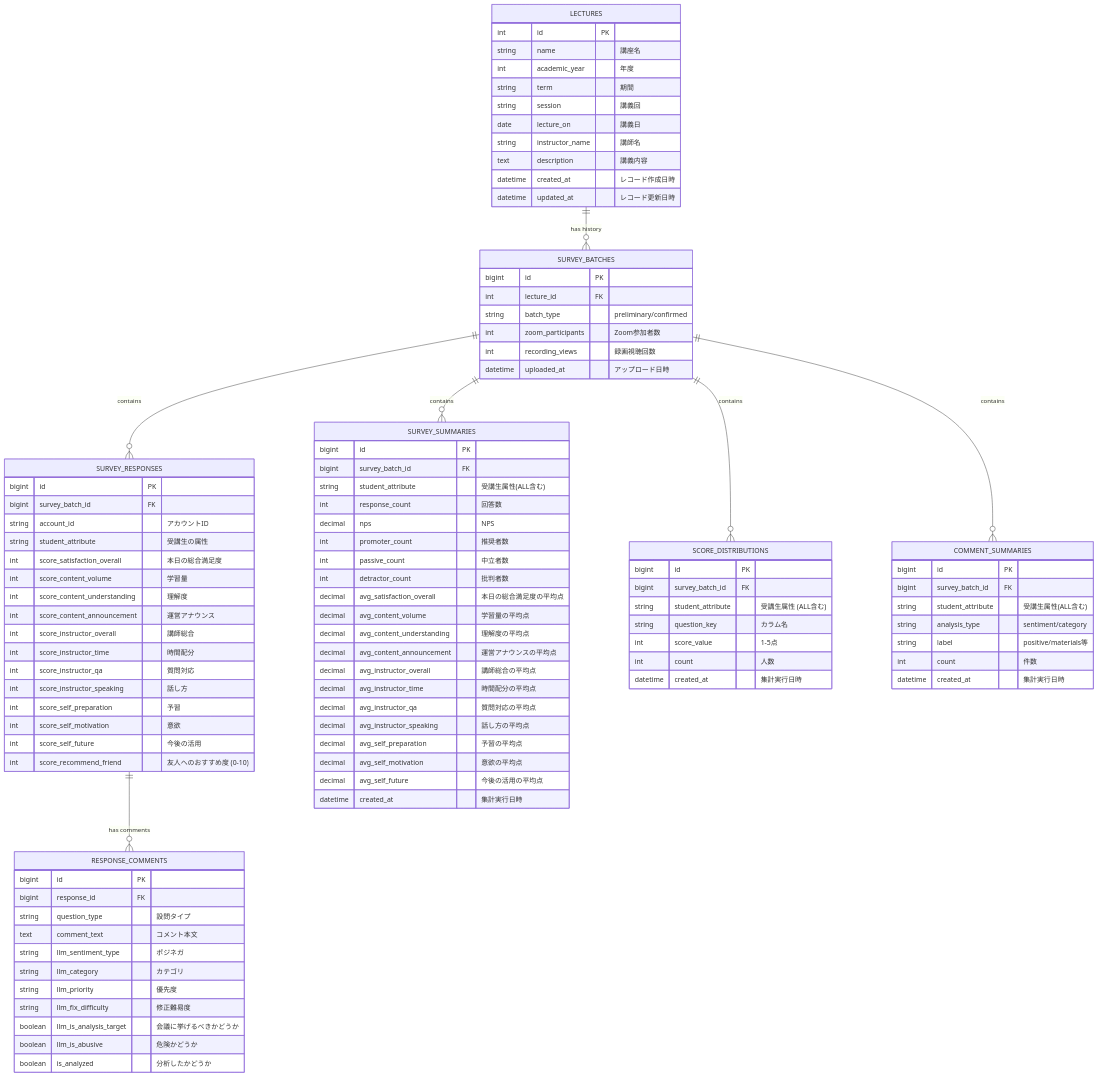
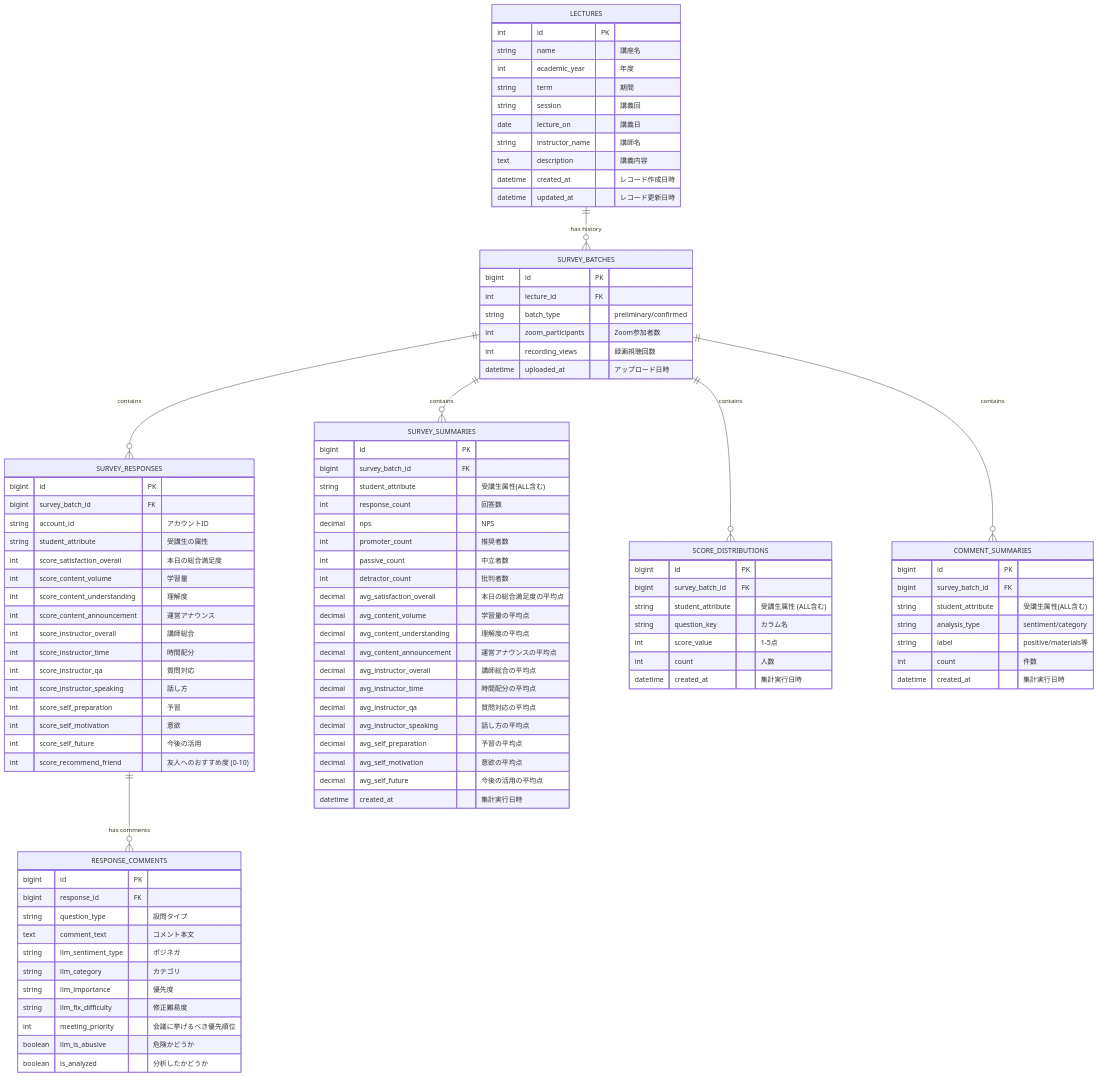
The diagram in docs/backend_database.md (matsuolab/AIE-DXproject_1_front), drawn with Mermaid before and after one commit. The commit also changed other lines of this file and 1 other file, not shown here.

Commit message:
docs: Align API specification and DB definition with new field names (#37)

```diff
--- a/docs/backend_database.md
+++ b/docs/backend_database.md
@@ -61,13 +61,13 @@
         string question_type "設問タイプ"
         text comment_text "コメント本文"
         string llm_sentiment_type "ポジネガ"
-        string llm_category "カテゴリ"
-        string llm_priority "優先度"
-        string llm_fix_difficulty "修正難易度"
-        boolean llm_is_analysis_target "会議に挙げるべきかどうか"
+        string llm_category "カテゴリ" 
+        string llm_importance "優先度"
+        string llm_fix_difficulty "修正難易度" 
+        int meeting_priority "会議に挙げるべき優先順位"
         boolean llm_is_abusive "危険かどうか"
         boolean is_analyzed "分析したかどうか"
-    }
+       }
 
     SURVEY_SUMMARIES {
         bigint id PK
```
